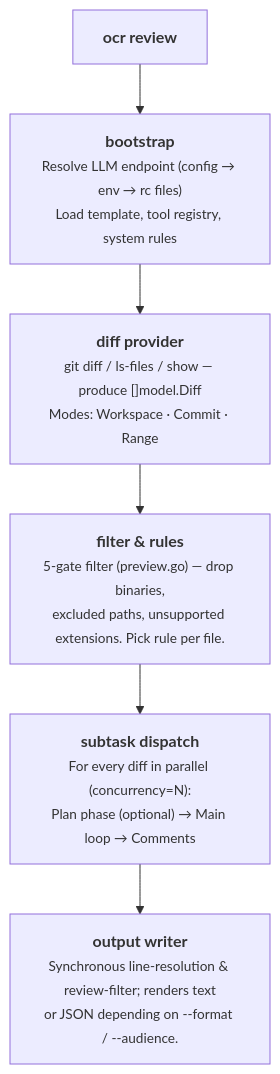
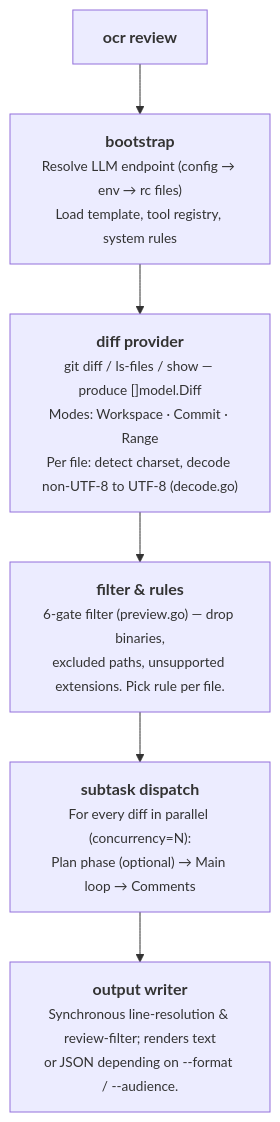
Before and after one commit to alibaba/open-code-review: the first of 2 diagrams in pages/src/content/docs/en/architecture.md, drawn with Mermaid. The commit also changed other lines of this file and 40 other files, not shown here.

````diff
--- a/pages/src/content/docs/en/architecture.md
+++ b/pages/src/content/docs/en/architecture.md
@@ -14,11 +14,11 @@
 ```mermaid
 flowchart TD
     A["<b>ocr review</b>"]
     B["<b>bootstrap</b><br/><span style='font-size:0.85em'>Resolve LLM endpoint (config → env → rc files)<br/>Load template, tool registry, system rules</span>"]
-    C["<b>diff provider</b><br/><span style='font-size:0.85em'>git diff / ls-files / show — produce []model.Diff<br/>Modes: Workspace · Commit · Range</span>"]
-    D["<b>filter & rules</b><br/><span style='font-size:0.85em'>5-gate filter (preview.go) — drop binaries,<br/>excluded paths, unsupported extensions. Pick rule per file.</span>"]
+    C["<b>diff provider</b><br/><span style='font-size:0.85em'>git diff / ls-files / show — produce []model.Diff<br/>Modes: Workspace · Commit · Range<br/>Per file: detect charset, decode non-UTF-8 to UTF-8 (decode.go)</span>"]
+    D["<b>filter & rules</b><br/><span style='font-size:0.85em'>6-gate filter (preview.go) — drop binaries,<br/>excluded paths, unsupported extensions. Pick rule per file.</span>"]
     E["<b>subtask dispatch</b><br/><span style='font-size:0.85em'>For every diff in parallel (concurrency=N):<br/>Plan phase (optional) → Main loop → Comments</span>"]
     F["<b>output writer</b><br/><span style='font-size:0.85em'>Synchronous line-resolution & review-filter; renders text<br/>or JSON depending on --format / --audience.</span>"]
 
     A --> B --> C --> D --> E --> F
 ```
````
